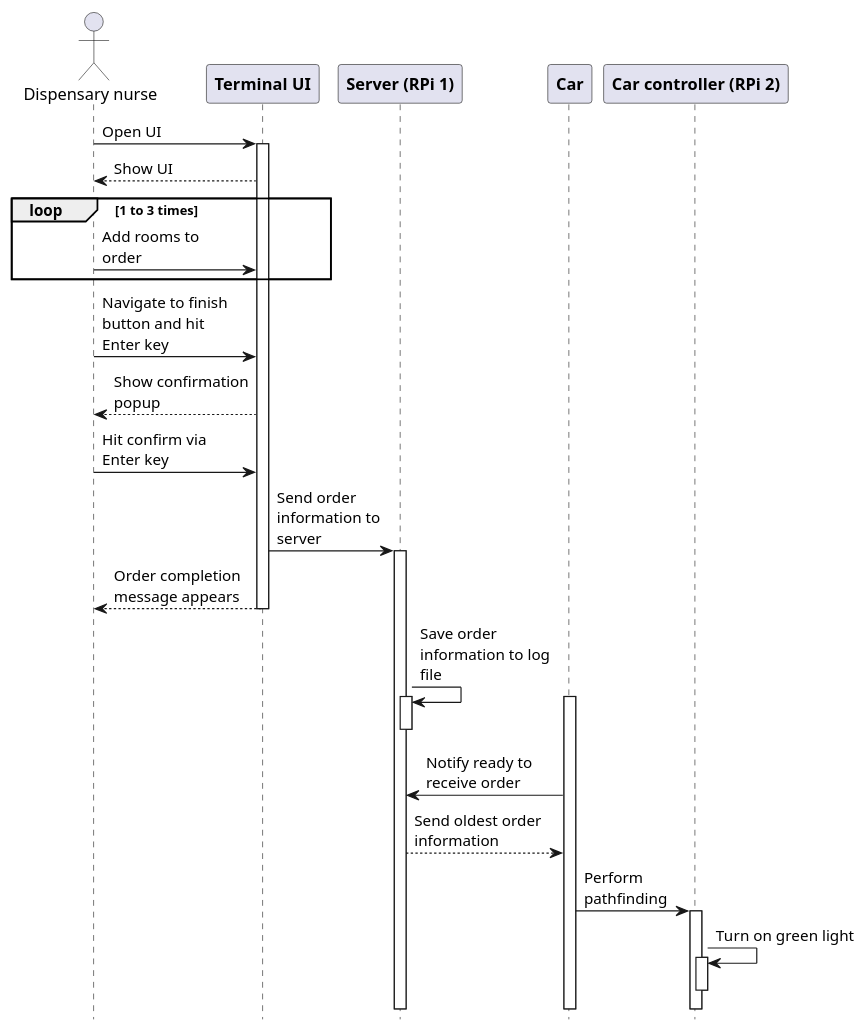
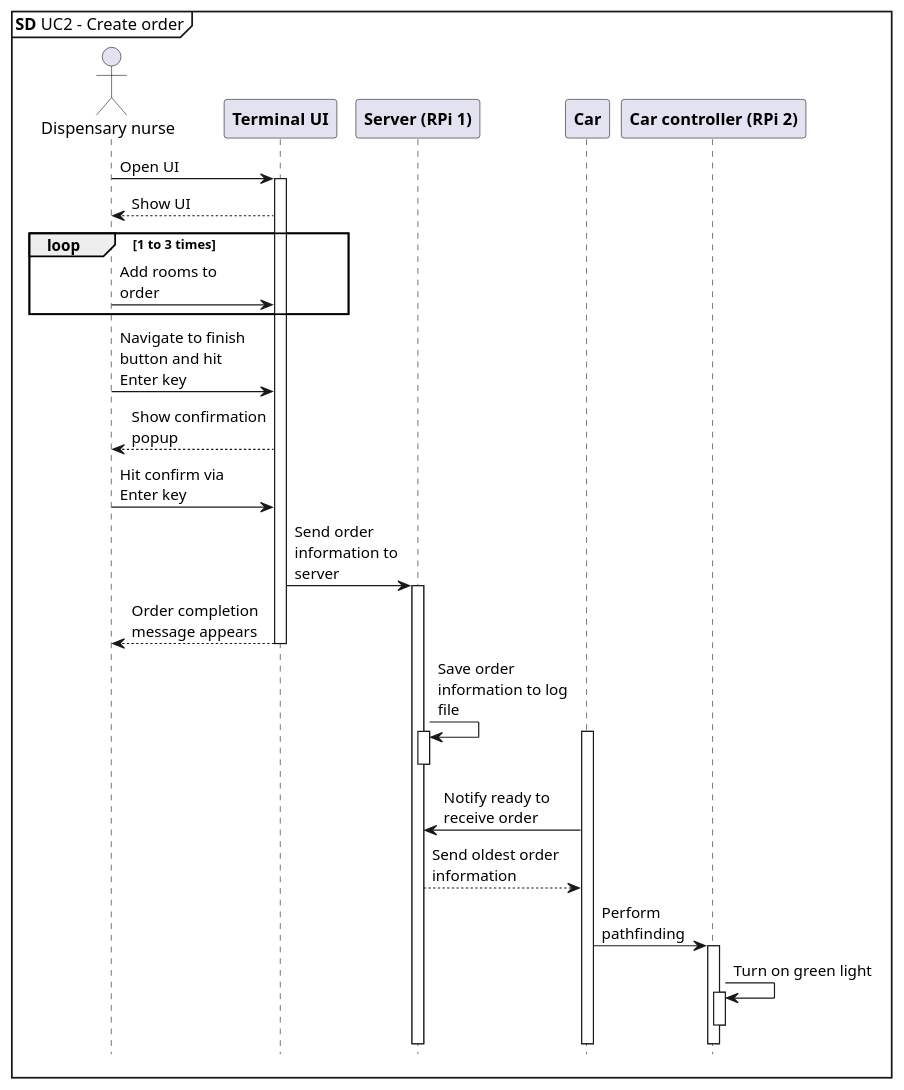
Before and after one commit to lineklemensen/PRJ3: the diagram in docs/diagrams/Plantuml/System architecture/UC2 - system SD.puml, drawn with PlantUML. The commit also changed 1 other file, not shown here.

```diff
--- a/docs/diagrams/Plantuml/System architecture/UC2 - system SD.puml
+++ b/docs/diagrams/Plantuml/System architecture/UC2 - system SD.puml
@@ -1,39 +1,42 @@
-@startuml UC2 - Create order
+@startuml SystemSD UC2 - Create order
+
+mainframe **SD** UC2 - Create order
 hide footbox
+
 skinparam {
     MaxMessageSize 120
 }
 
 
 actor "Dispensary nurse" as dn
 
 participant "**Terminal UI**" as ui
 participant "**Server (RPi 1)**" as srv
 participant "**Car**" as car
 participant "**Car controller (RPi 2)**" as carCon
 'participant "**HBridge**" as HBridge
 'participant "**Motor**" as Motor
 
 dn -> ui++ : Open UI
 ui --> dn : Show UI
 
 loop 1 to 3 times
     dn -> ui : Add rooms to order
 end
 
 dn -> ui : Navigate to finish button and hit Enter key
 ui --> dn :  Show confirmation popup
 dn -> ui : Hit confirm via Enter key
 
 ui -> srv++ : Send order information to server
 ui --> dn : Order completion message appears
 ui--
 
 srv -> srv++-- : Save order information to log file
 car++
 car -> srv : Notify ready to receive order
 srv --> car : Send oldest order information
 car -> carCon++ : Perform pathfinding
 carCon -> carCon++-- : Turn on green light
 
 @enduml
```
